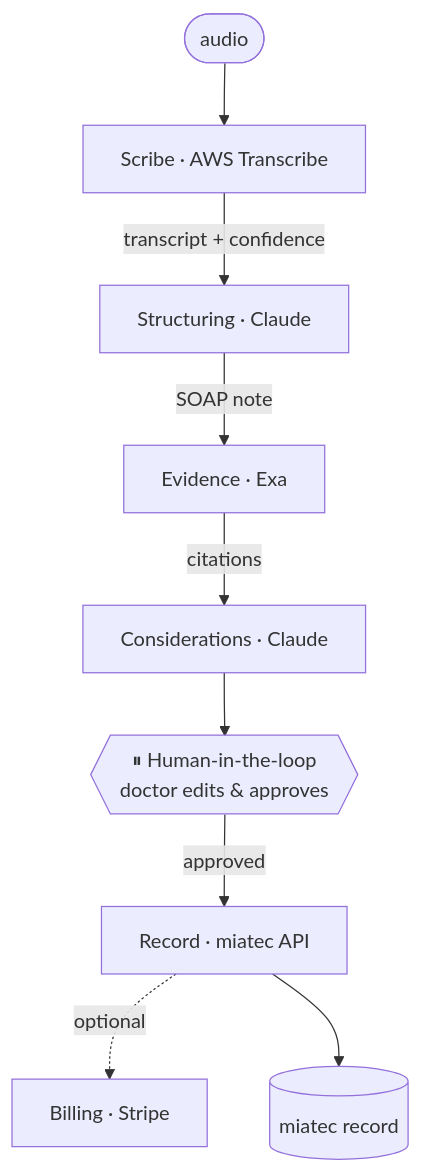
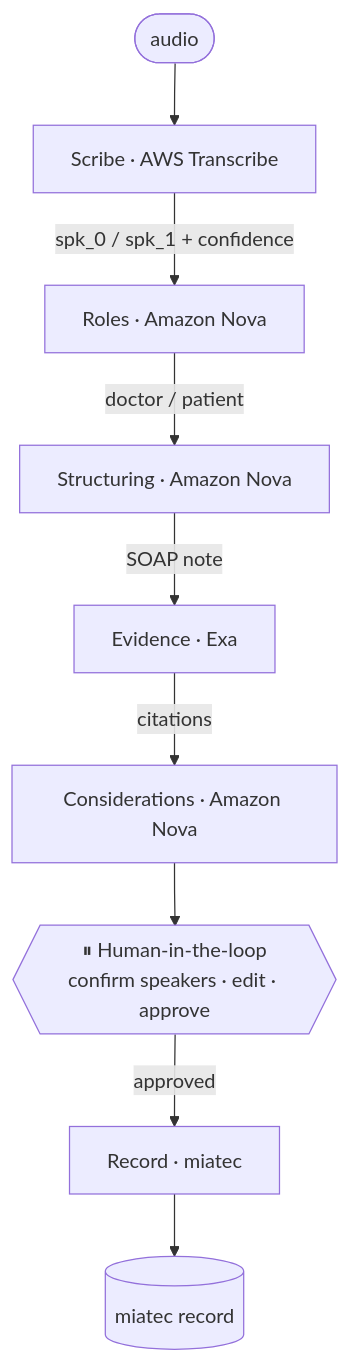
The diagram in README.md (arturfortunato1/miatec-copilot), drawn with Mermaid before and after one commit. The commit also changed other lines of this file and 21 other files, not shown here.

First line of the commit message:
Add Roles agent + wire real APIs (Transcribe, Nova/Bedrock, Exa)

````diff
--- a/README.md
+++ b/README.md
@@ -28,11 +30,11 @@
 ```mermaid
 flowchart TD
     A([audio]) --> S[Scribe · AWS Transcribe]
-    S -->|transcript + confidence| ST[Structuring · Claude]
+    S -->|spk_0 / spk_1 + confidence| R[Roles · Amazon Nova]
+    R -->|doctor / patient| ST[Structuring · Amazon Nova]
     ST -->|SOAP note| EV[Evidence · Exa]
-    EV -->|citations| CO[Considerations · Claude]
-    CO --> H{{⏸ Human-in-the-loop<br/>doctor edits &amp; approves}}
-    H -->|approved| RE[Record · miatec API]
-    RE -.optional.-> BI[Billing · Stripe]
+    EV -->|citations| CO[Considerations · Amazon Nova]
+    CO --> H{{⏸ Human-in-the-loop<br/>confirm speakers · edit · approve}}
+    H -->|approved| RE[Record · miatec]
     RE --> DB[(miatec record)]
 ```
````
